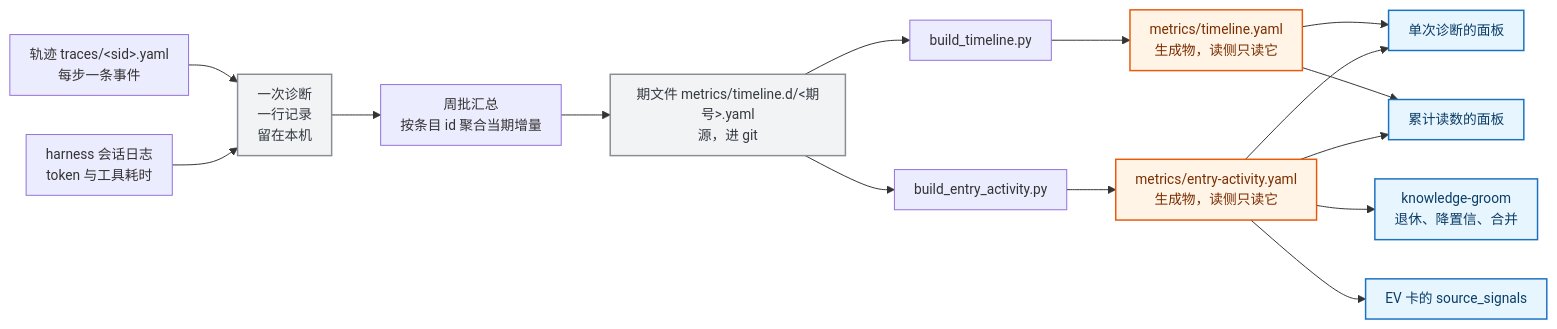
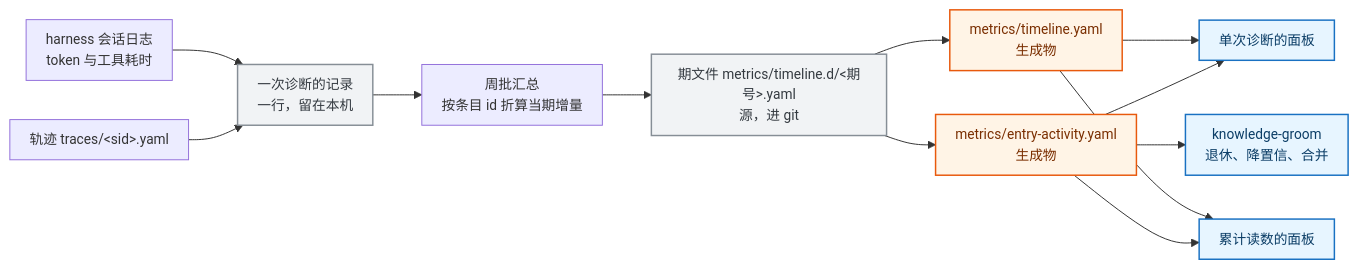
Before and after one commit to Bowen-Leee/ascend-sleuth: the diagram in docs/mechanism/diagnosis-observability.md, drawn with Mermaid. The commit also changed other lines of this file and 2 other files, not shown here.

````diff
--- a/docs/mechanism/diagnosis-observability.md
+++ b/docs/mechanism/diagnosis-observability.md
@@ -51,25 +33,22 @@
 ```mermaid
 %%{init: {'themeVariables':{'fontSize':'14px'},'flowchart':{'curve':'basis','nodeSpacing':40,'rankSpacing':50,'padding':10}}}%%
 flowchart LR
-    TR["轨迹 traces/&lt;sid&gt;.yaml<br/>每步一条事件"] --> EP
+    TR["轨迹 traces/&lt;sid&gt;.yaml"] --> EP["一次诊断的记录<br/>一行，留在本机"]
     LG["harness 会话日志<br/>token 与工具耗时"] --> EP
-    EP["一次诊断<br/>一行记录<br/>留在本机"] --> AG
-    AG["周批汇总<br/>按条目 id 聚合当期增量"] --> PF["期文件 metrics/timeline.d/&lt;期号&gt;.yaml<br/>源，进 git"]
-    PF --> B1["build_timeline.py"]
-    PF --> B2["build_entry_activity.py"]
-    B1 --> TI["metrics/timeline.yaml<br/>生成物，读侧只读它"]
-    B2 --> EA["metrics/entry-activity.yaml<br/>生成物，读侧只读它"]
-    TI --> V1["单次诊断的面板"]
-    EA --> V1
-    TI --> V2["累计读数的面板"]
-    EA --> V2
+    EP --> AG["周批汇总<br/>按条目 id 折算当期增量"]
+    AG --> PF["期文件 metrics/timeline.d/&lt;期号&gt;.yaml<br/>源，进 git"]
+    PF --> EA["metrics/entry-activity.yaml<br/>生成物"]
+    PF --> TI["metrics/timeline.yaml<br/>生成物"]
+    EA --> V1["单次诊断的面板"]
+    TI --> V1
+    EA --> V2["累计读数的面板"]
+    TI --> V2
     EA --> GR["knowledge-groom<br/>退休、降置信、合并"]
-    EA --> EV["EV 卡的 source_signals"]
 
     classDef store fill:#f1f3f5,stroke:#868e96,stroke-width:1.5px,color:#343a40
     classDef gen fill:#fff4e6,stroke:#e8590c,stroke-width:1.5px,color:#7a2e00
     classDef view fill:#e7f5ff,stroke:#1971c2,stroke-width:1.5px,color:#0b3d66
     class EP,PF store
-    class TI,EA gen
-    class V1,V2,GR,EV view
+    class EA,TI gen
+    class V1,V2,GR view
 ```
````
